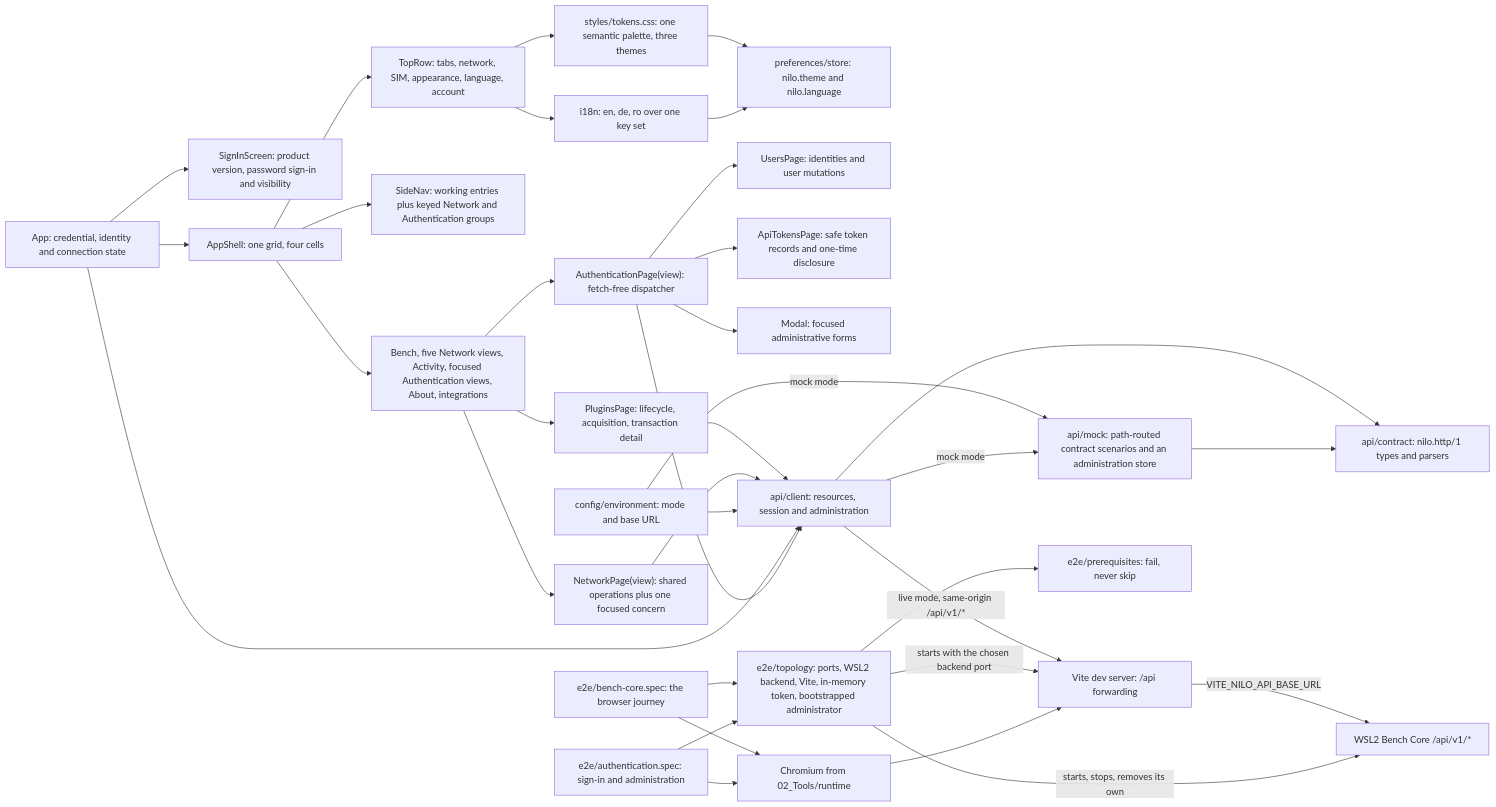
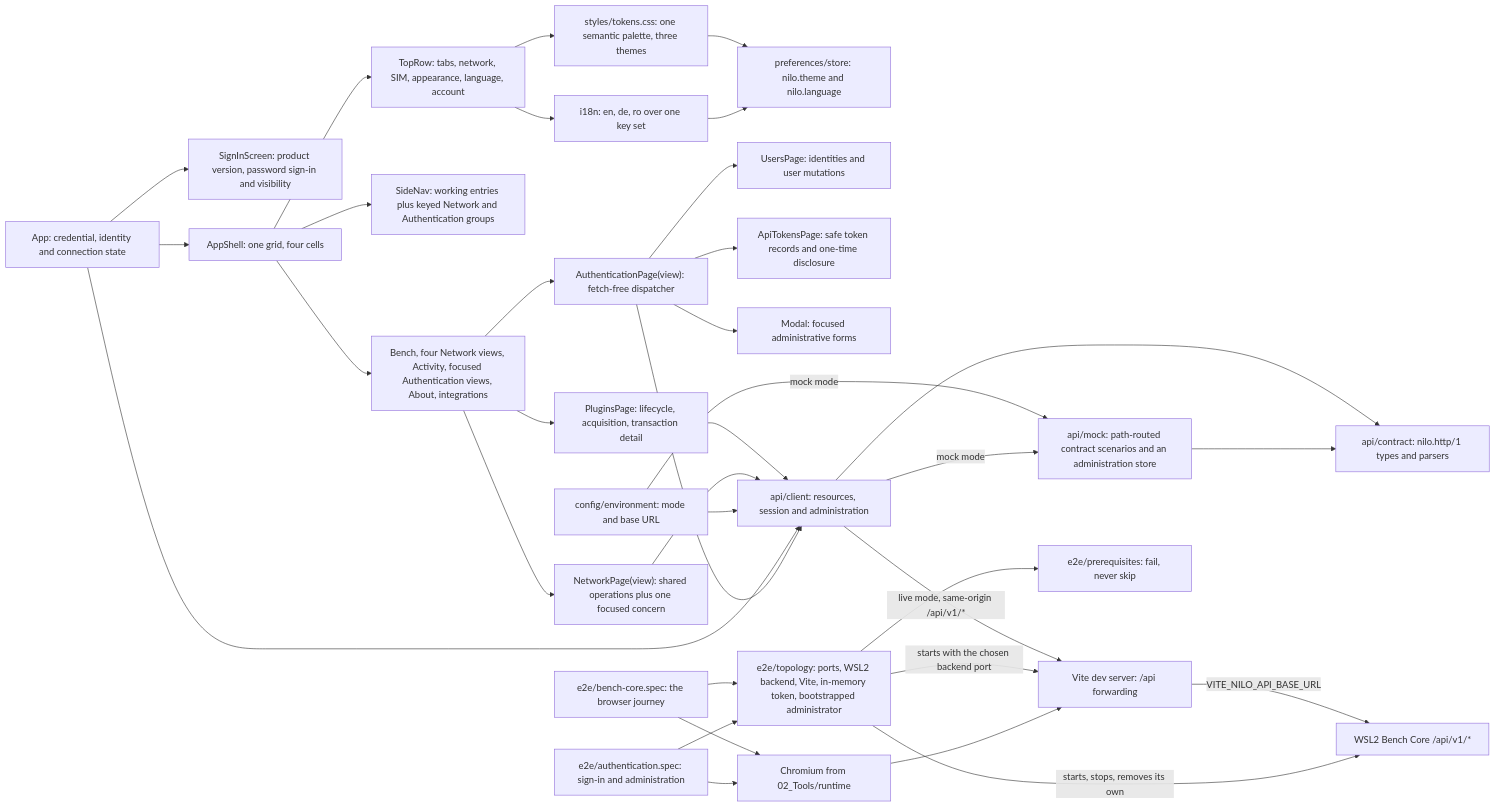
Before and after one commit to DDP-Engineering/2026_Networked_Intelligent_Lab_Orchestrator: the diagram in .agentic/knowledge/gui-foundation.md, drawn with Mermaid. The commit also changed other lines of this file and 57 other files, not shown here.

````diff
--- a/.agentic/knowledge/gui-foundation.md
+++ b/.agentic/knowledge/gui-foundation.md
@@ -239,62 +240,62 @@
 ```mermaid
 flowchart LR
     app["App: credential, identity and connection state"]
     signin["SignInScreen: product version, password sign-in and visibility"]
     shell["AppShell: one grid, four cells"]
     toprow["TopRow: tabs, network, SIM, appearance, language, account"]
     sidenav["SideNav: working entries plus keyed Network and Authentication groups"]
-    pages["Bench, five Network views, Activity, focused Authentication views, About, integrations"]
+    pages["Bench, four Network views, Activity, focused Authentication views, About, integrations"]
     tokens["styles/tokens.css: one semantic palette, three themes"]
     catalogue["i18n: en, de, ro over one key set"]
     prefs["preferences/store: nilo.theme and nilo.language"]
     admin["AuthenticationPage(view): fetch-free dispatcher"]
     users["UsersPage: identities and user mutations"]
     apitokens["ApiTokensPage: safe token records and one-time disclosure"]
     netpage["NetworkPage(view): shared operations plus one focused concern"]
     modal["Modal: focused administrative forms"]
     env["config/environment: mode and base URL"]
     client["api/client: resources, session and administration"]
     contract["api/contract: nilo.http/1 types and parsers"]
     mock["api/mock: path-routed contract scenarios and an administration store"]
     proxy["Vite dev server: /api forwarding"]
     backend["WSL2 Bench Core /api/v1/*"]
     app --> signin
     app --> shell
     shell --> toprow
     shell --> sidenav
     shell --> pages
     pages --> instruments["PluginsPage: lifecycle, acquisition, transaction detail"]
     instruments --> client
     pages --> admin
     admin --> users
     admin --> apitokens
     pages --> netpage
     netpage --> client
     admin --> modal
     toprow --> tokens
     toprow --> catalogue
     tokens --> prefs
     catalogue --> prefs
     env --> client
     env -- "mock mode" --> mock
     client --> contract
     mock --> contract
     app --> client
     admin --> client
     client -- "live mode, same-origin /api/v1/*" --> proxy
     proxy -- "VITE_NILO_API_BASE_URL" --> backend
     client -- "mock mode" --> mock
     harness["e2e/topology: ports, WSL2 backend, Vite, in-memory token, bootstrapped administrator"]
     prereq["e2e/prerequisites: fail, never skip"]
     spec["e2e/bench-core.spec: the browser journey"]
     adminspec["e2e/authentication.spec: sign-in and administration"]
     browser["Chromium from 02_Tools/runtime"]
     harness --> prereq
     harness -- "starts, stops, removes its own" --> backend
     harness -- "starts with the chosen backend port" --> proxy
     spec --> harness
     adminspec --> harness
     spec --> browser
     adminspec --> browser
     browser --> proxy
 ```
````
